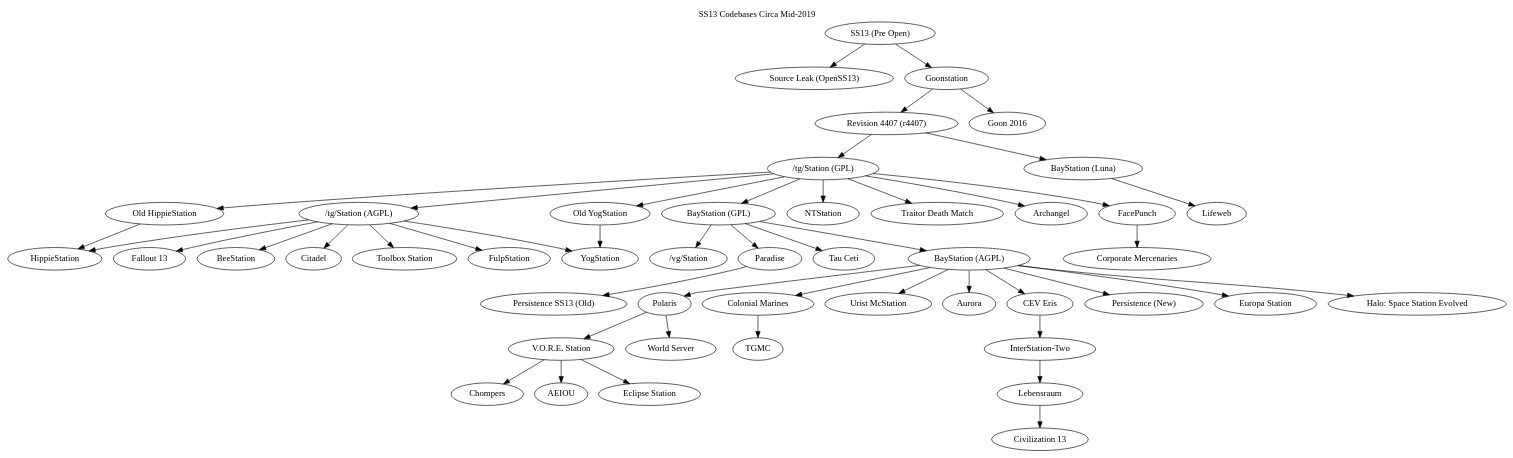
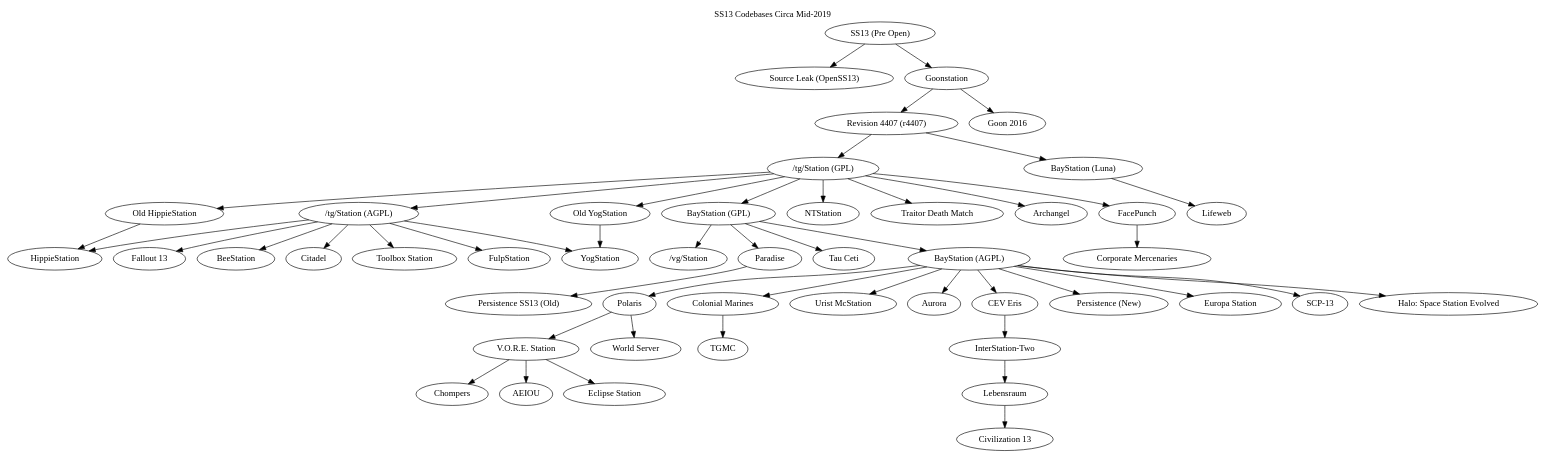
One commit to spacestation13/SS13-Codebases changed the diagram in tree.dot. Above: the diagram before and after it, drawn with Graphviz. The commit also changed 1 other file, not shown here.

```diff
--- a/tree.dot
+++ b/tree.dot
@@ -1,51 +1,52 @@
 digraph  G {
 	label = "SS13 Codebases Circa Mid-2019"
 	labelloc="t"
 	"SS13 (Pre Open)" -> "Source Leak (OpenSS13)"
 	"SS13 (Pre Open)" -> "Goonstation"
 	"Goonstation" -> "Revision 4407 (r4407)"
 	"Goonstation" -> "Goon 2016"
 	"Revision 4407 (r4407)" -> "/tg/Station (GPL)"
 	"Revision 4407 (r4407)" -> "BayStation (Luna)"
 	"BayStation (Luna)" -> "Lifeweb" 
 	"/tg/Station (GPL)" -> "/tg/Station (AGPL)"
 	"/tg/Station (GPL)" -> "BayStation (GPL)" 
 	"/tg/Station (GPL)" -> "Old HippieStation"
 	"/tg/Station (GPL)" -> "Old YogStation"
 	"/tg/Station (GPL)" -> "NTStation"
 	"/tg/Station (GPL)" -> "Traitor Death Match"
 	"/tg/Station (GPL)" -> "Archangel"
 	"/tg/Station (GPL)" -> "FacePunch"
 	"FacePunch" -> "Corporate Mercenaries"
 	"Old YogStation" -> "YogStation"
 	"Old HippieStation" -> "HippieStation"
 	"/tg/Station (AGPL)" -> "YogStation"
 	"/tg/Station (AGPL)" -> "Fallout 13"
 	"/tg/Station (AGPL)" -> "BeeStation"
 	"/tg/Station (AGPL)" -> "HippieStation"
 	"/tg/Station (AGPL)" -> "Citadel"
 	"/tg/Station (AGPL)" -> "Toolbox Station"
 	"/tg/Station (AGPL)" -> "FulpStation"
 	"BayStation (GPL)" -> "/vg/Station"
 	"BayStation (GPL)" -> "Paradise"
 	"BayStation (GPL)" -> "Tau Ceti"
 	"BayStation (GPL)" -> "BayStation (AGPL)"
 	"Paradise" -> "Persistence SS13 (Old)"
 	"BayStation (AGPL)" -> "Polaris"
 	"BayStation (AGPL)" -> "Colonial Marines"
 	"BayStation (AGPL)" -> "Urist McStation"
 	"BayStation (AGPL)" -> "Aurora"
 	"BayStation (AGPL)" -> "CEV Eris"
 	"BayStation (AGPL)" -> "Persistence (New)"
 	"BayStation (AGPL)" -> "Europa Station"
+	"BayStation (AGPL)" -> "SCP-13"
 	"BayStation (AGPL)" -> "Halo: Space Station Evolved"
 	"CEV Eris" -> "InterStation-Two"
 	"InterStation-Two" -> "Lebensraum"
 	"Lebensraum" -> "Civilization 13"
 	"Colonial Marines" -> "TGMC"
 	"Polaris" -> "V.O.R.E. Station"
 	"Polaris" -> "World Server"
 	"V.O.R.E. Station" -> "Chompers"
 	"V.O.R.E. Station" -> "AEIOU"
 	"V.O.R.E. Station" -> "Eclipse Station" 
 }
```
